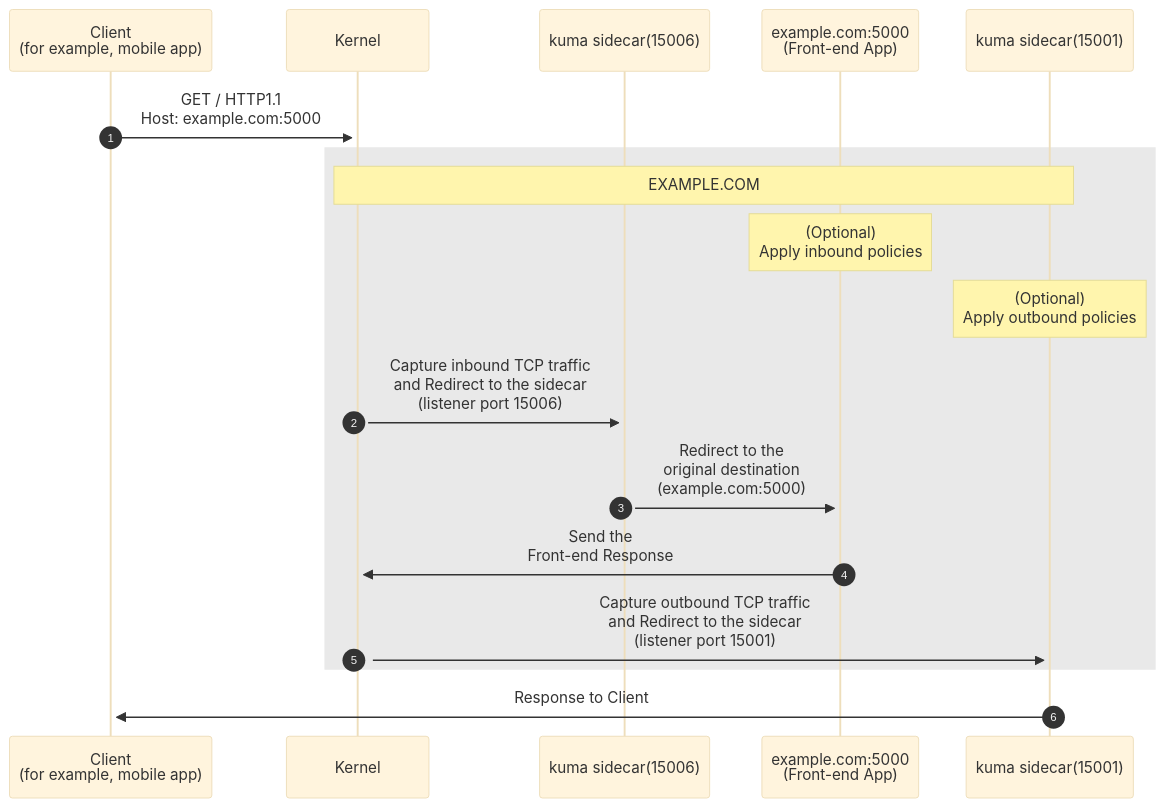
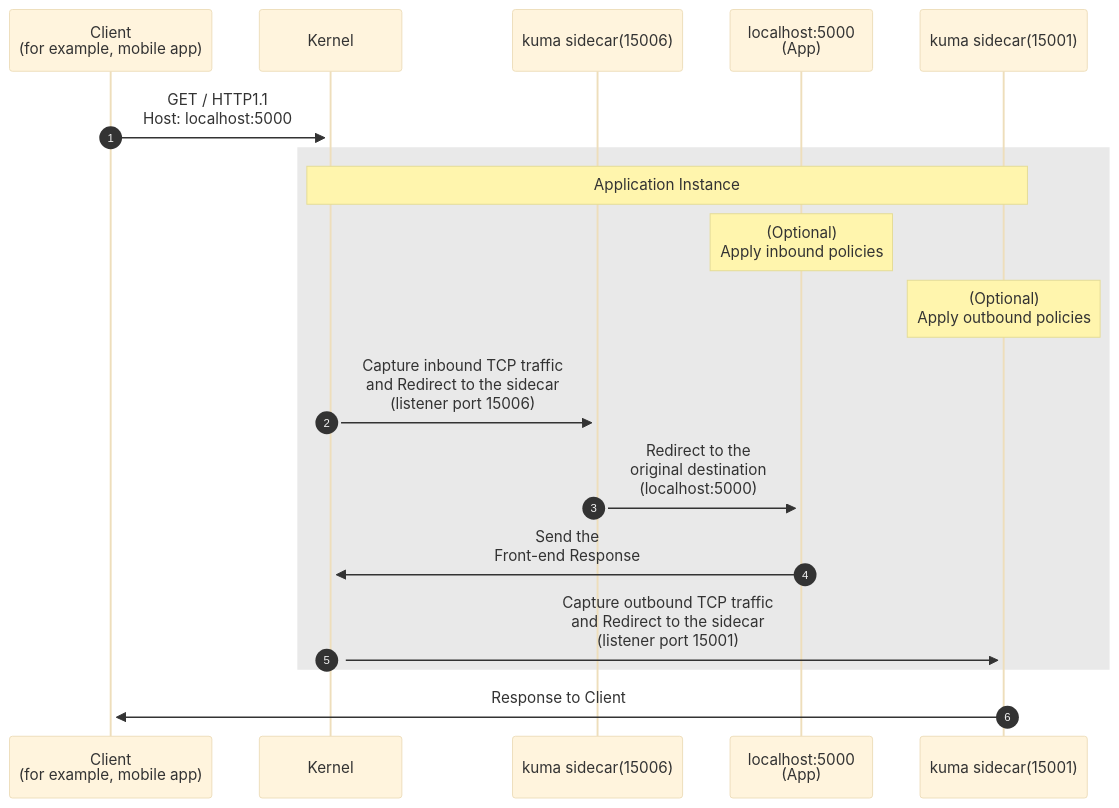
One commit to kumahq/kuma-website changed the diagram in app/_src/networking/transparent-proxy/technical-overview.md. Above: the diagram before and after it, drawn with Mermaid (base theme).

Commit message:
small adjustments in the diagram

```diff
--- a/app/_src/networking/transparent-proxy/technical-overview.md
+++ b/app/_src/networking/transparent-proxy/technical-overview.md
@@ -14,22 +14,22 @@
 {% mermaid %}
  sequenceDiagram
  autonumber
      participant Browser as Client<br>(for example, mobile app)
      participant Kernel as Kernel
      participant ServiceMeshIn as kuma sidecar(15006)
-     participant Node as example.com:5000<br>(Front-end App)
+     participant Node as localhost:5000<br>(App)
      participant ServiceMeshOut as kuma sidecar(15001)
-     Browser->>+Kernel: GET / HTTP1.1<br>Host: example.com:5000
+     Browser->>+Kernel: GET / HTTP1.1<br>Host: localhost:5000
  
      rect rgb(233,233,233)
-     Note over Kernel,ServiceMeshOut: EXAMPLE.COM
+     Note over Kernel,ServiceMeshOut: Application Instance
      Note over Node: (Optional)<br> Apply inbound policies
      Note over ServiceMeshOut: (Optional)<br> Apply outbound policies
      Kernel->>+ServiceMeshIn: Capture inbound TCP traffic<br>and Redirect to the sidecar<br> (listener port 15006)
-     ServiceMeshIn->>+Node: Redirect to the<br>original destination <br>(example.com:5000)
+     ServiceMeshIn->>+Node: Redirect to the<br>original destination <br>(localhost:5000)
          Node->>+Kernel: Send the <br>Front-end Response
      Kernel->>+ServiceMeshOut: Capture outbound TCP traffic<br>and Redirect to the sidecar<br> (listener port 15001)
      end
      ServiceMeshOut->>+Browser: Response to Client
      %% Note over Browser,ServiceMeshOut: Traffic Flow Sequence
 {% endmermaid %}
```
